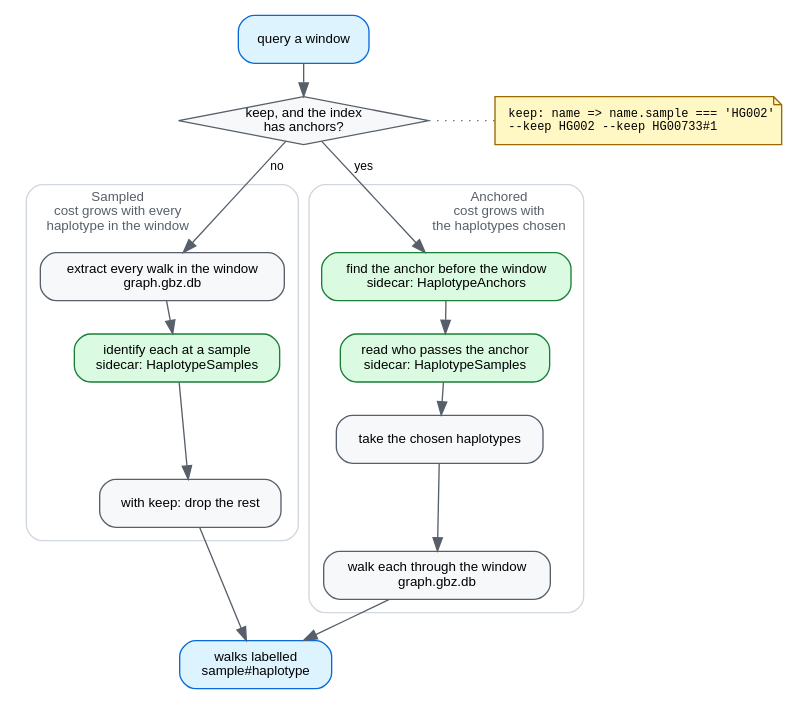
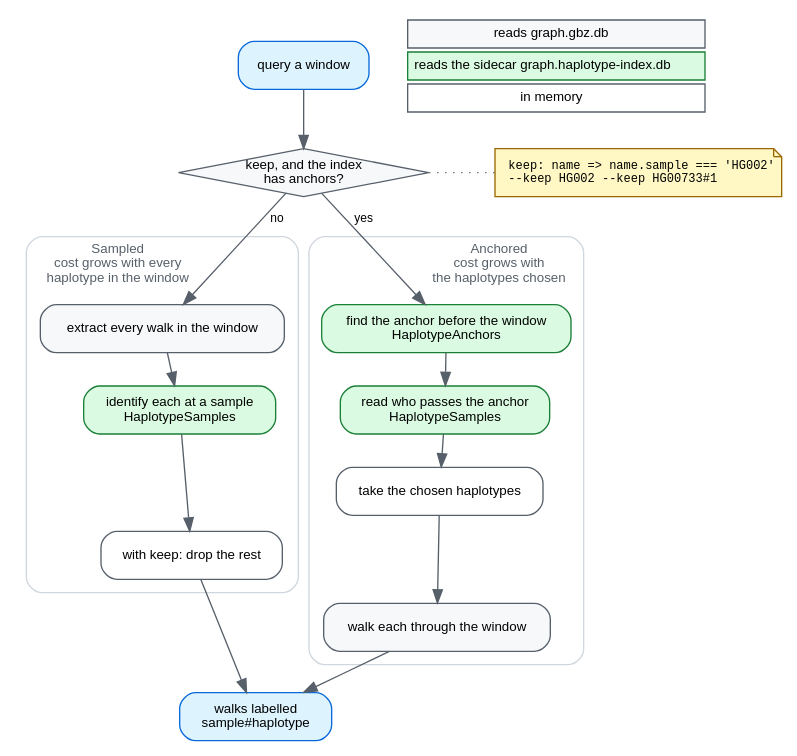
One commit to GMOD/gbz-base-js changed the diagram in docs/img/naming-routes.dot. Above: the diagram before and after it, drawn with Graphviz. The commit also changed 1 other file, not shown here.

Commit message:
Docs: give the naming-routes flowchart a legend for its data sources

```diff
--- a/docs/img/naming-routes.dot
+++ b/docs/img/naming-routes.dot
@@ -1,66 +1,74 @@
 // Source for docs/img/naming-routes.svg, which docs/haplotype-index.md embeds.
 // Regenerate with: dot -Tsvg docs/img/naming-routes.dot -o docs/img/naming-routes.svg
 // Palette matches dataflow.dot.
 //
 // Main paths only. The anchored route's two fallbacks (a chosen haplotype
 // missing from the anchor, a walk that never reaches the window) are prose in
 // haplotype-index.md; drawn, their dashed edges crossed both clusters and
 // buried the choice the diagram exists to show.
 digraph namingroutes {
   rankdir=TB
   bgcolor="white"
   nodesep=0.35
   ranksep=0.32
   newrank=true
   node [shape=box style="filled,rounded" fillcolor="#f6f8fa" color="#57606a"
         fontname="Helvetica" fontsize=10 margin="0.14,0.07"]
   edge [color="#57606a" fontname="Helvetica" fontsize=9]
 
   query  [label="query a window" fillcolor="#ddf4ff" color="#0969da"]
   choose [label="keep, and the index\nhas anchors?" shape=diamond style=filled margin="0.02,0.02"]
   how    [label="keep: name => name.sample === 'HG002'\l--keep HG002 --keep HG00733#1\l"
           shape=note fontname="Courier" fontsize=9 fillcolor="#fff8c5" color="#9a6700"]
   { rank=same; choose; how }
   choose -> how [style=dotted arrowhead=none]
   out    [label="walks labelled\nsample#haplotype" fillcolor="#ddf4ff" color="#0969da"]
 
+  legend [shape=plaintext style="" margin=0 label=<
+    <table border="0" cellborder="1" cellspacing="3" cellpadding="4" style="rounded">
+      <tr><td bgcolor="#f6f8fa" color="#57606a">reads graph.gbz.db</td></tr>
+      <tr><td bgcolor="#dafbe1" color="#1a7f37">reads the sidecar graph.haplotype-index.db</td></tr>
+      <tr><td bgcolor="white" color="#57606a">in memory</td></tr>
+    </table>>]
+  { rank=same; query; legend }
+
   query -> choose
 
   subgraph cluster_sampled {
     label="Sampled\ncost grows with every\nhaplotype in the window"
     labelloc="t"
     labeljust="l"
     fontname="Helvetica"
     fontsize=10
     fontcolor="#57606a"
     color="#d0d7de"
     style="rounded"
     margin=10
-    s1 [label="extract every walk in the window\ngraph.gbz.db"]
-    s2 [label="identify each at a sample\nsidecar: HaplotypeSamples" fillcolor="#dafbe1" color="#1a7f37"]
-    s3 [label="with keep: drop the rest"]
+    s1 [label="extract every walk in the window"]
+    s2 [label="identify each at a sample\nHaplotypeSamples" fillcolor="#dafbe1" color="#1a7f37"]
+    s3 [label="with keep: drop the rest" fillcolor="white"]
     s1 -> s2 -> s3
   }
 
   subgraph cluster_anchored {
     label="Anchored\ncost grows with\nthe haplotypes chosen"
     labelloc="t"
     labeljust="r"
     fontname="Helvetica"
     fontsize=10
     fontcolor="#57606a"
     color="#d0d7de"
     style="rounded"
     margin=10
-    a1 [label="find the anchor before the window\nsidecar: HaplotypeAnchors" fillcolor="#dafbe1" color="#1a7f37"]
-    a2 [label="read who passes the anchor\nsidecar: HaplotypeSamples" fillcolor="#dafbe1" color="#1a7f37"]
-    a2b [label="take the chosen haplotypes"]
-    a3 [label="walk each through the window\ngraph.gbz.db"]
+    a1 [label="find the anchor before the window\nHaplotypeAnchors" fillcolor="#dafbe1" color="#1a7f37"]
+    a2 [label="read who passes the anchor\nHaplotypeSamples" fillcolor="#dafbe1" color="#1a7f37"]
+    a2b [label="take the chosen haplotypes" fillcolor="white"]
+    a3 [label="walk each through the window"]
     a1 -> a2 -> a2b -> a3
   }
 
   choose -> s1 [label=" no "]
   choose -> a1 [label=" yes "]
   s3 -> out
   a3 -> out
 }
```
